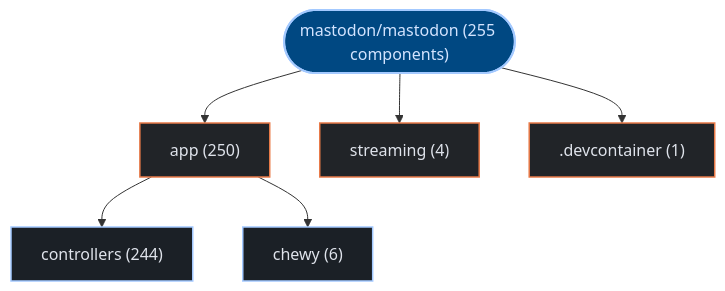
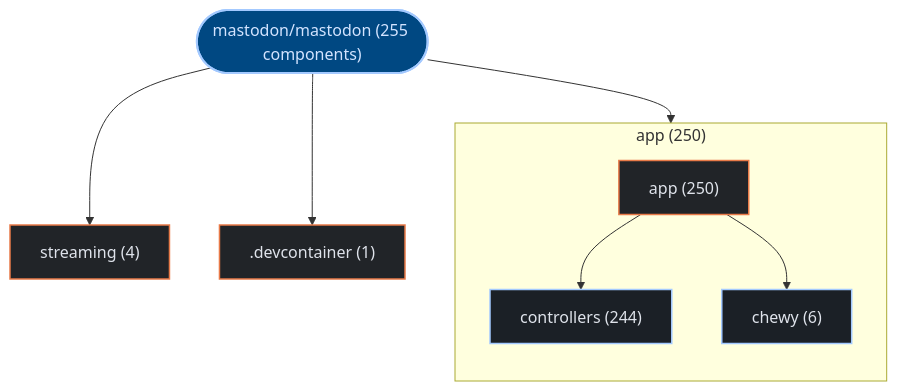
Before and after one commit to kumarshaz/atruss-code-atlas: the first of 3 diagrams in exports/latest/reports/mastodon-mastodon-report.md, drawn with Mermaid. The commit also changed 178 other files, not shown here.

Commit message:
feat(ui,mermaid): upgrade to mermaid v12 + ELK layout, add orgs-summary + pagination, subgraph building blocks, fix tab alignment

````diff
--- a/exports/latest/reports/mastodon-mastodon-report.md
+++ b/exports/latest/reports/mastodon-mastodon-report.md
@@ -42,21 +42,24 @@
 ```mermaid
 graph TD;
   classDef atlasRoot fill:#004882,stroke:#a3c9ff,stroke-width:2px,color:#d3e4ff
   classDef atlasCategory fill:#212428,stroke:#E87A48,stroke-width:1.5px,color:#dfe3eb
   classDef atlasWorkflow fill:#1b2026,stroke:#a3c9ff,stroke-width:1.5px,color:#dfe3eb
   classDef atlasJob fill:#171c22,stroke:#8d9199,stroke-width:1px,color:#dfe3eb
   classDef atlasTarget fill:#005227,stroke:#8bd99b,stroke-width:1.5px,color:#a7f6b6
   classDef atlasAlert fill:#93000a,stroke:#ffb4ab,stroke-width:1.5px,color:#ffdad6
   classDef atlasMore fill:#252a31,stroke:#8d9199,stroke-dasharray:4 4,color:#c3c6cf
     repo_root(["mastodon/mastodon (255 components)"]):::atlasRoot
-    dir_0_app["app (250)"]:::atlasCategory
+    subgraph sg_dir_0_app["app (250)"]
+      direction TB
+      dir_0_app["app (250)"]:::atlasCategory
+      sub_0_0_controllers["controllers (244)"]:::atlasWorkflow
+      dir_0_app --> sub_0_0_controllers
+      sub_0_1_chewy["chewy (6)"]:::atlasWorkflow
+      dir_0_app --> sub_0_1_chewy
+    end
     repo_root --> dir_0_app
-    sub_0_0_controllers["controllers (244)"]:::atlasWorkflow
-    dir_0_app --> sub_0_0_controllers
-    sub_0_1_chewy["chewy (6)"]:::atlasWorkflow
-    dir_0_app --> sub_0_1_chewy
     dir_1_streaming["streaming (4)"]:::atlasCategory
     repo_root --> dir_1_streaming
     dir_2__devcontainer[".devcontainer (1)"]:::atlasCategory
     repo_root --> dir_2__devcontainer
 ```
````
